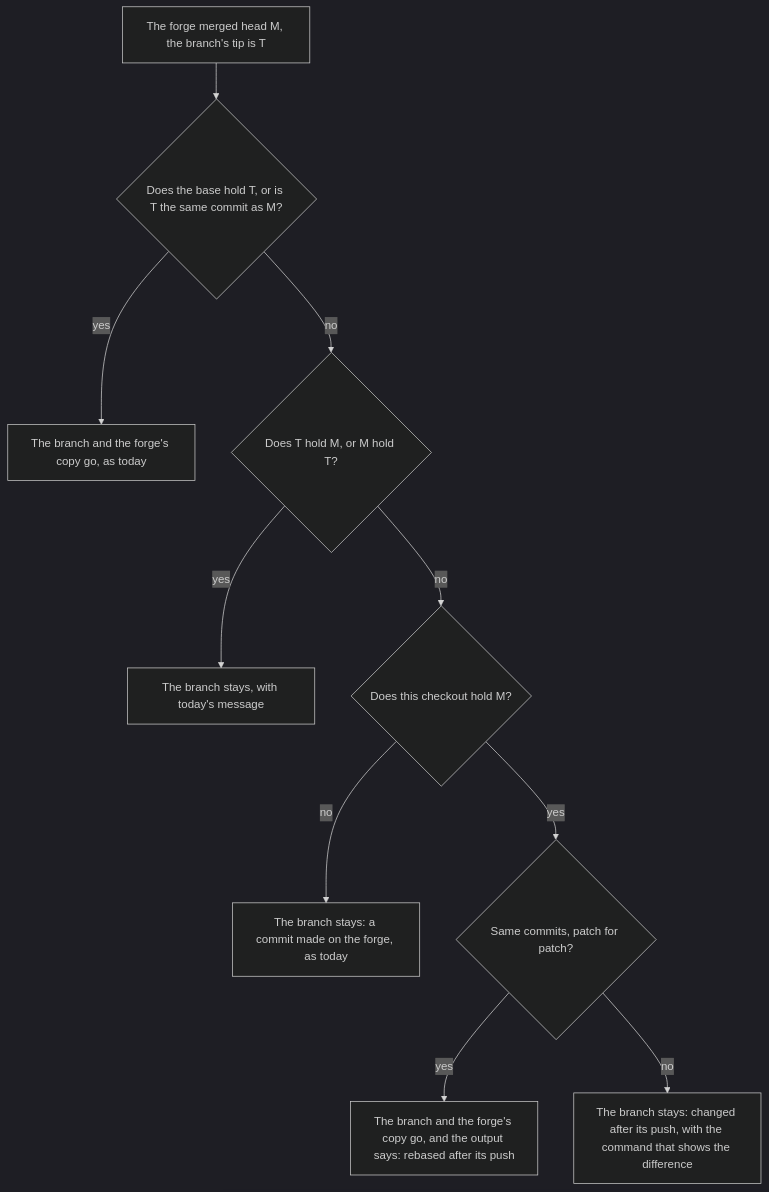
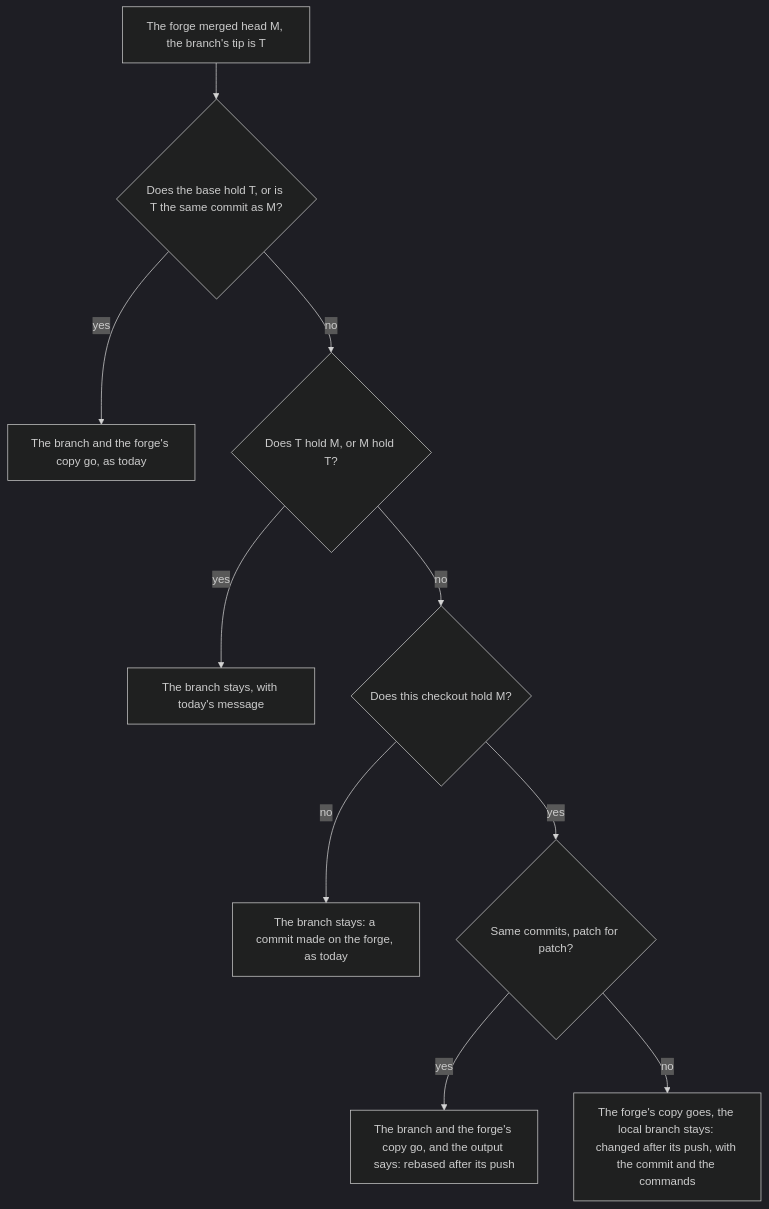
The diagram in docs/plans/2026-11-23-clean-refuses-a-branch-rebased-after-its-push-and-blames-the-forge.md (pySilver/lem), drawn with Mermaid (dark theme) before and after one commit. The commit also changed other lines of this file, not shown here.

Commit message:
docs(plans): the owner's criteria for clean after a rebase, with the forge's copy removed in both cases

````diff
--- a/docs/plans/2026-11-23-clean-refuses-a-branch-rebased-after-its-push-and-blames-the-forge.md
+++ b/docs/plans/2026-11-23-clean-refuses-a-branch-rebased-after-its-push-and-blames-the-forge.md
@@ -26,12 +26,12 @@
 ```mermaid
 flowchart TD
   A["The forge merged head M, the branch's tip is T"] --> B{"Does the base hold T, or is T the same commit as M?"}
   B -->|"yes"| R["The branch and the forge's copy go, as today"]
   B -->|"no"| C{"Does T hold M, or M hold T?"}
   C -->|"yes"| K["The branch stays, with today's message"]
   C -->|"no"| D{"Does this checkout hold M?"}
   D -->|"no"| U["The branch stays: a commit made on the forge, as today"]
   D -->|"yes"| E{"Same commits, patch for patch?"}
   E -->|"yes"| S["The branch and the forge's copy go, and the output says: rebased after its push"]
-  E -->|"no"| X["The branch stays: changed after its push, with the command that shows the difference"]
+  E -->|"no"| X["The forge's copy goes, the local branch stays: changed after its push, with the commit and the commands"]
 ```
````
